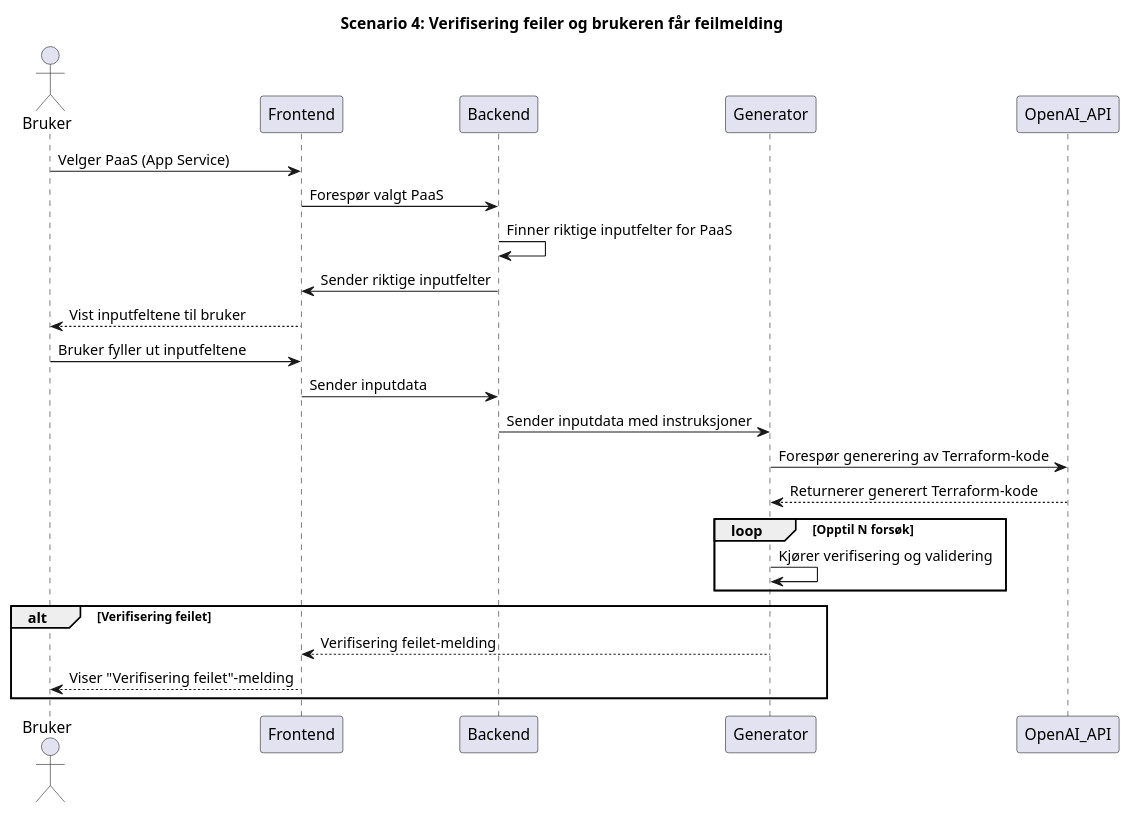
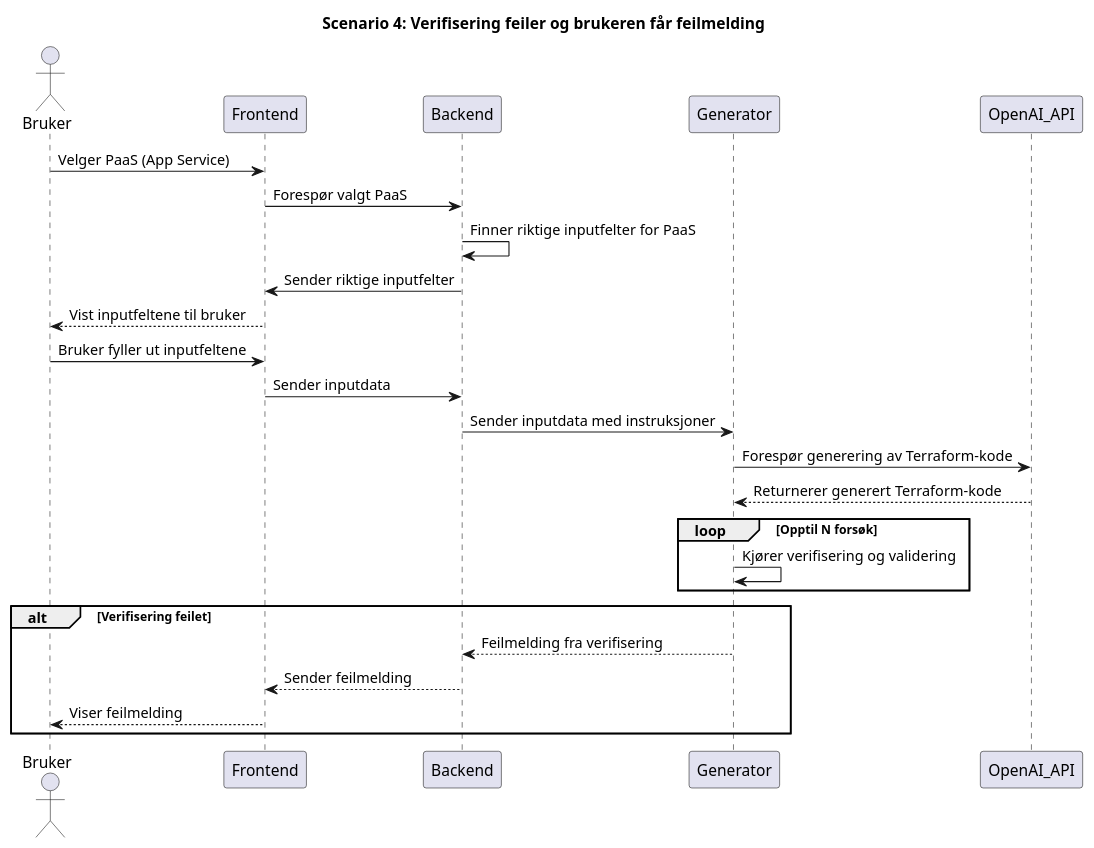
The diagram in UML_Diagrammer/Applikasjonsflyt-LLM-v3/validering_feiler.puml (Bachelor-B25ITK12/Diagrammer), drawn with PlantUML before and after one commit. The commit also changed 7 other files, not shown here.

Commit message:
gjorde noen forbedringer av sekvensdiagrammen for LLM-, samt manuelle-genereringen.

```diff
--- a/UML_Diagrammer/Applikasjonsflyt-LLM-v3/validering_feiler.puml
+++ b/UML_Diagrammer/Applikasjonsflyt-LLM-v3/validering_feiler.puml
@@ -1,31 +1,32 @@
 @startuml
 actor Bruker as Bruker
 participant Frontend as Frontend
 participant Backend as Backend
 participant Generator as Generator
 participant OpenAI_API as OpenAI_API
 
 title Scenario 4: Verifisering feiler og brukeren får feilmelding
 
 Bruker -> Frontend : Velger PaaS (App Service)
 Frontend -> Backend : Forespør valgt PaaS
 Backend -> Backend : Finner riktige inputfelter for PaaS
 Backend -> Frontend : Sender riktige inputfelter
 Frontend --> Bruker : Vist inputfeltene til bruker
 Bruker -> Frontend : Bruker fyller ut inputfeltene
 Frontend -> Backend : Sender inputdata
 Backend -> Generator : Sender inputdata med instruksjoner
 
 Generator -> OpenAI_API : Forespør generering av Terraform-kode
 OpenAI_API --> Generator : Returnerer generert Terraform-kode
 
 
 loop Opptil N forsøk
     Generator -> Generator : Kjører verifisering og validering
 end loop
 
 alt Verifisering feilet
-    Generator --> Frontend : Verifisering feilet-melding
-    Frontend --> Bruker : Viser "Verifisering feilet"-melding
+    Generator --> Backend : Feilmelding fra verifisering
+    Backend --> Frontend : Sender feilmelding
+    Frontend --> Bruker : Viser feilmelding
 end
 @enduml
```
